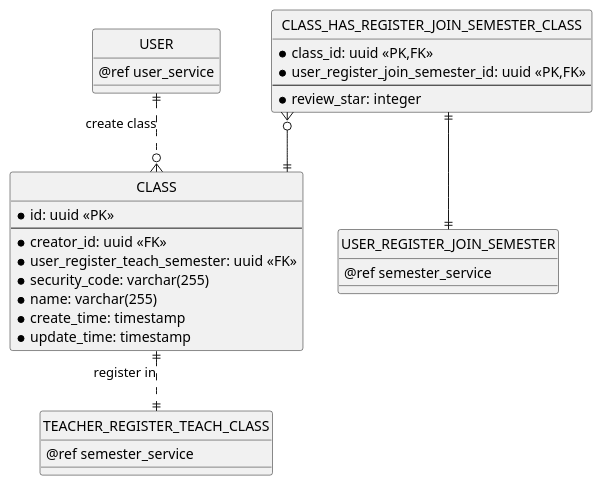
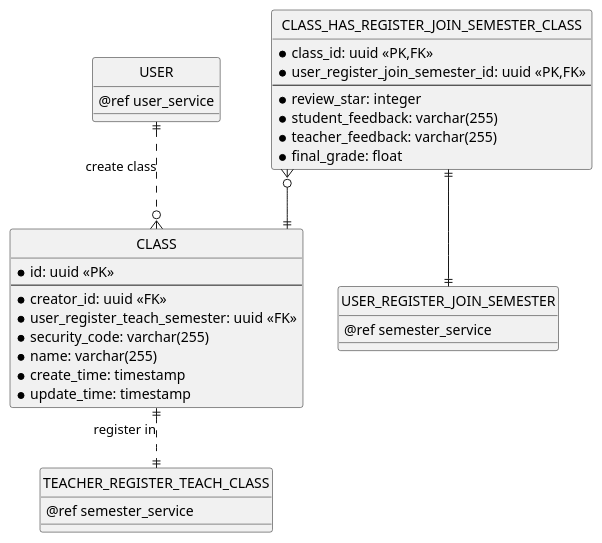
Before and after one commit to chungnguyenbkcse/ERD-USECASE-KIDSDRAWING: the sixth of 12 diagrams in erd.md, drawn with PlantUML.

Commit message:
fix class has register join semester

````diff
--- a/erd.md
+++ b/erd.md
@@ -360,46 +360,49 @@
 ```plantuml
 @startuml class_service
 ' hide the spot
 hide circle
 
 ' avoid problems with angled crows feet
 skinparam linetype ortho
 
 entity "USER" as user {
     @ref user_service
 }
 
 entity "CLASS" as class {
     * id: uuid <<PK>>
     --
     * creator_id: uuid <<FK>>
     * user_register_teach_semester: uuid <<FK>>
     * security_code: varchar(255)
     * name: varchar(255)
     * create_time: timestamp
     * update_time: timestamp
 }
 
 entity "CLASS_HAS_REGISTER_JOIN_SEMESTER_CLASS" as user_join_class {
     * class_id: uuid <<PK,FK>>
     * user_register_join_semester_id: uuid <<PK,FK>>
     --
     * review_star: integer
+    * student_feedback: varchar(255)
+    * teacher_feedback: varchar(255)
+    * final_grade: float
 }
 
 entity "USER_REGISTER_JOIN_SEMESTER" as user_register_join_class {
     @ref semester_service
 }
 
 entity "TEACHER_REGISTER_TEACH_CLASS" as user_register_teach_class {
     @ref semester_service
 }
 
 ' Class Relationship
 
 user ||..o{ class: create class
 user_join_class }o--|| class
 user_join_class ||--|| user_register_join_class
 class ||..|| user_register_teach_class: register in
 @enduml
 ```
````
